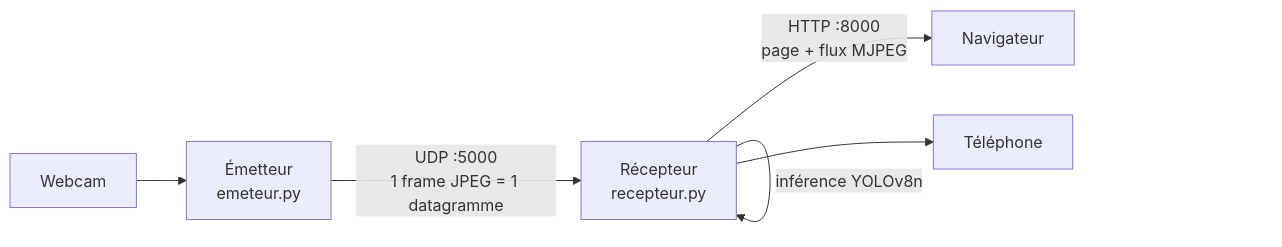
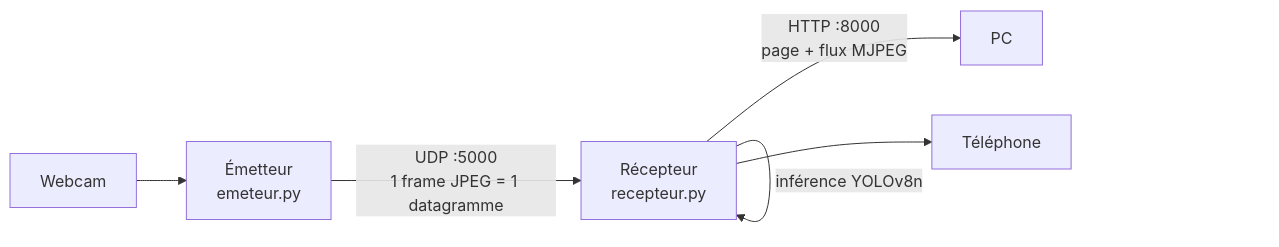
The diagram in README.md (Sanjouk/flux-video-object-detection), drawn with Mermaid before and after one commit.

Commit message:
Update flowchart to reflect PC instead of Navigateur

````diff
--- a/README.md
+++ b/README.md
@@ -7,8 +7,8 @@
 ```mermaid
 flowchart LR
     CAM[Webcam] --> EM[Émetteur<br/>emeteur.py]
     EM -- "UDP :5000<br/>1 frame JPEG = 1 datagramme" --> REC[Récepteur<br/>recepteur.py]
     REC -- "inférence YOLOv8n" --> REC
-    REC -- "HTTP :8000<br/>page + flux MJPEG" --> C1[Navigateur]
+    REC -- "HTTP :8000<br/>page + flux MJPEG" --> C1[PC]
     REC --> C2[Téléphone]
 ```
````
